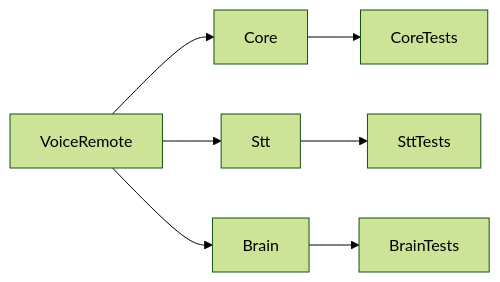
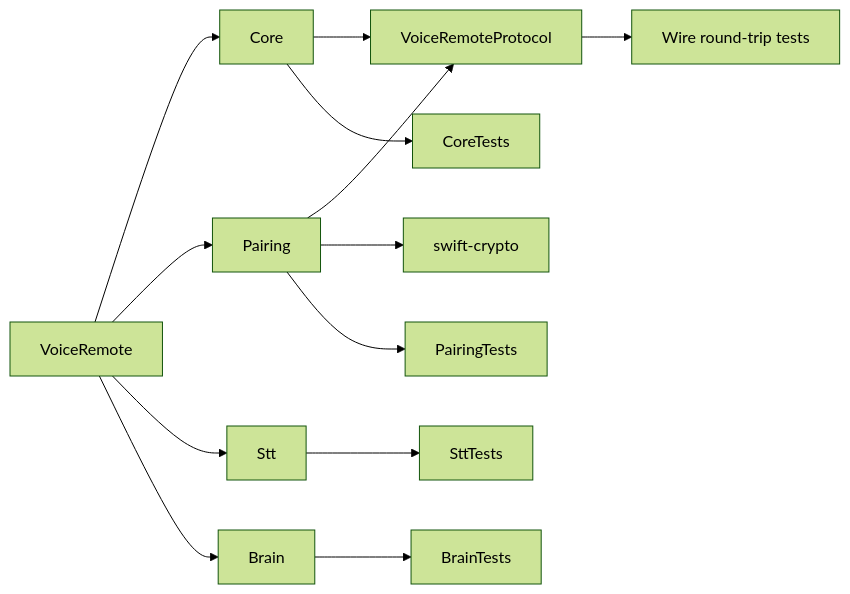
Before and after one commit to Harwasch/voiceremote: the diagram in SW/ios/Packages/README.md, drawn with Mermaid (forest theme). The commit also changed other lines of this file and 28 other files, not shown here.

````diff
--- a/SW/ios/Packages/README.md
+++ b/SW/ios/Packages/README.md
@@ -1,7 +1,11 @@
 ```mermaid
 flowchart LR
-  App[VoiceRemote] --> Core & Stt & Brain
+  App[VoiceRemote] --> Core & Pairing & Stt & Brain
+  Core & Pairing --> Protocol[VoiceRemoteProtocol]
+  Pairing --> Crypto[swift-crypto]
   Core --> CT[CoreTests]
+  Pairing --> PT[PairingTests]
+  Protocol --> WT[Wire round-trip tests]
   Stt --> ST[SttTests]
   Brain --> BT[BrainTests]
 ```
````
